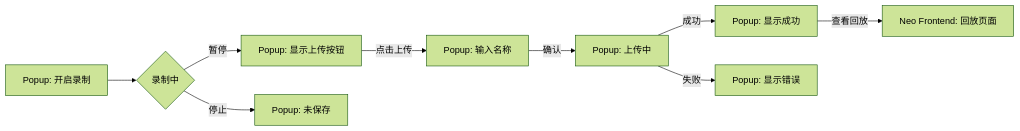
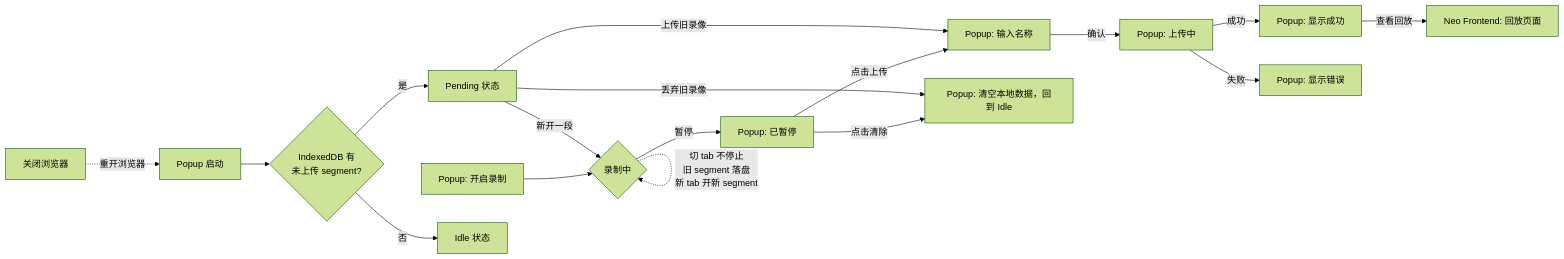
The diagram in neo/design/docs/product/agent-steer/recording.md (zhaoxin34/matrix), drawn with Mermaid (forest theme) before and after one commit. The commit also changed other lines of this file and 6 other files, not shown here.

````diff
--- a/neo/design/docs/product/agent-steer/recording.md
+++ b/neo/design/docs/product/agent-steer/recording.md
@@ -107,11 +107,19 @@
 ```mermaid
 flowchart LR
     A[Popup: 开启录制] --> B{录制中}
-    B -->|暂停| C[Popup: 显示上传按钮]
+    B -->|暂停| C[Popup: 已暂停]
     C -->|点击上传| D[Popup: 输入名称]
     D -->|确认| E[Popup: 上传中]
     E -->|成功| F[Popup: 显示成功]
     F -->|查看回放| G[Neo Frontend: 回放页面]
     E -->|失败| H[Popup: 显示错误]
-    B -->|停止| I[Popup: 未保存]
+    C -->|点击清除| J[Popup: 清空本地数据，回到 Idle]
+    B -.->|切 tab 不停止<br/>旧 segment 落盘<br/>新 tab 开新 segment| B
+    K[关闭浏览器] -.->|重开浏览器| L[Popup 启动]
+    L --> M{IndexedDB 有<br/>未上传 segment?}
+    M -->|是| P[Pending 状态]
+    M -->|否| I[Idle 状态]
+    P -->|上传旧录像| D
+    P -->|丢弃旧录像| J
+    P -->|新开一段| B
 ```
````
